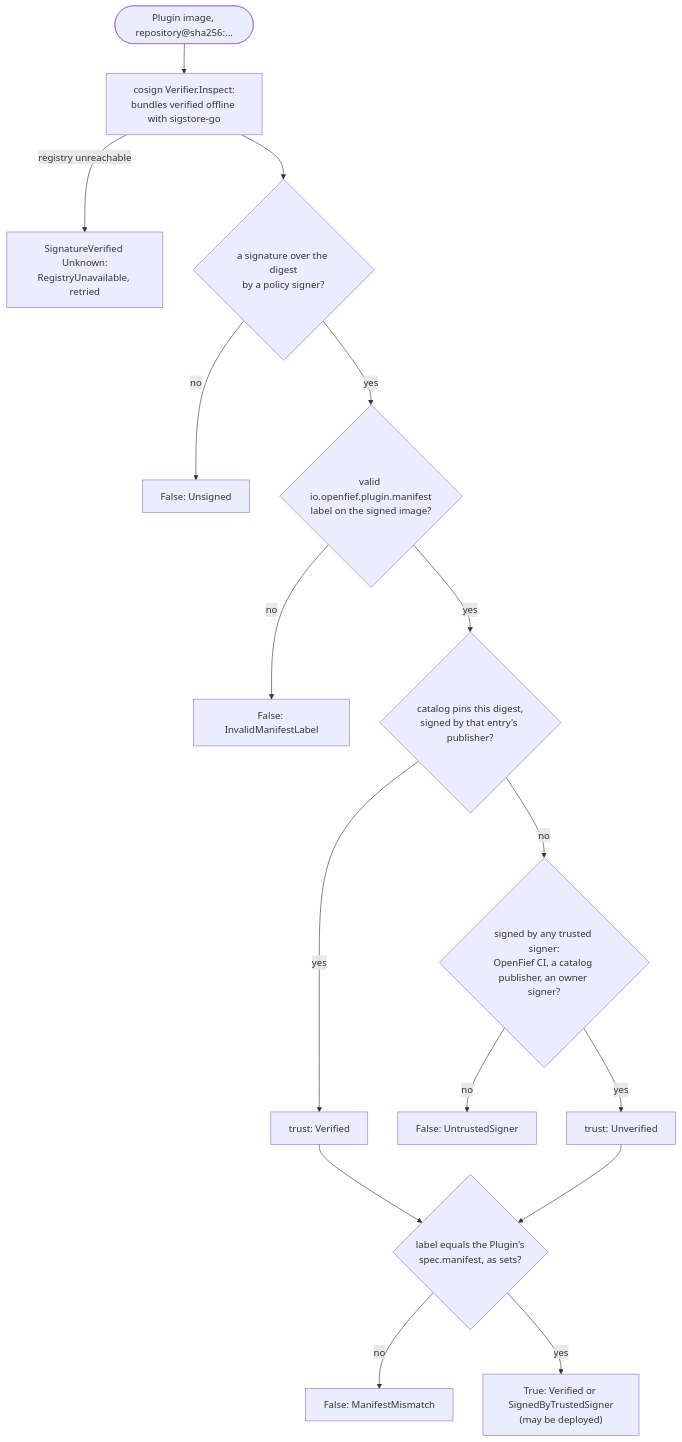
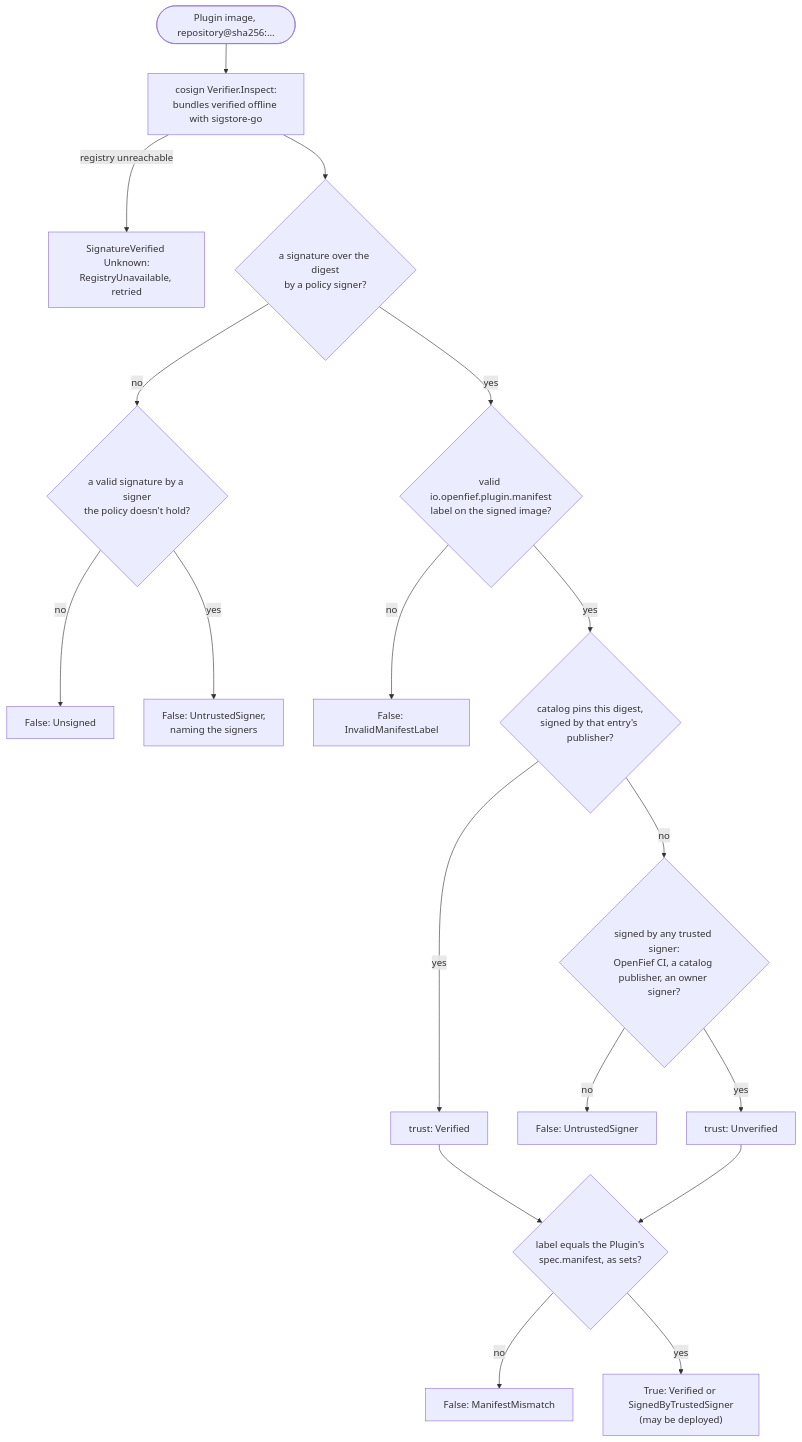
Before and after one commit to arkadiuss/openfief: the fourth of 6 diagrams in docs/concepts/plugins.md, drawn with Mermaid. The commit also changed other lines of this file and 109 other files, not shown here.

````diff
--- a/docs/concepts/plugins.md
+++ b/docs/concepts/plugins.md
@@ -187,18 +187,20 @@
 ```mermaid
 flowchart TD
   img(["Plugin image, repository@sha256:..."]) --> insp["cosign Verifier.Inspect:<br/>bundles verified offline with sigstore-go"]
   insp -- "registry unreachable" --> unk["SignatureVerified Unknown:<br/>RegistryUnavailable, retried"]
   insp --> sig{"a signature over the digest<br/>by a policy signer?"}
-  sig -- no --> uns["False: Unsigned"]
+  sig -- no --> other{"a valid signature by a signer<br/>the policy doesn't hold?"}
+  other -- no --> uns["False: Unsigned"]
+  other -- yes --> untr0["False: UntrustedSigner,<br/>naming the signers"]
   sig -- yes --> lab{"valid io.openfief.plugin.manifest<br/>label on the signed image?"}
   lab -- no --> badlab["False: InvalidManifestLabel"]
   lab -- yes --> pin{"catalog pins this digest,<br/>signed by that entry's publisher?"}
   pin -- yes --> ver["trust: Verified"]
   pin -- no --> oth{"signed by any trusted signer:<br/>OpenFief CI, a catalog publisher, an owner signer?"}
   oth -- no --> untr["False: UntrustedSigner"]
   oth -- yes --> unv["trust: Unverified"]
   ver --> eq{"label equals the Plugin's<br/>spec.manifest, as sets?"}
   unv --> eq
   eq -- no --> mis["False: ManifestMismatch"]
   eq -- yes --> ok["True: Verified or SignedByTrustedSigner<br/>(may be deployed)"]
 ```
````
